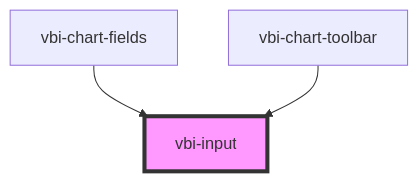
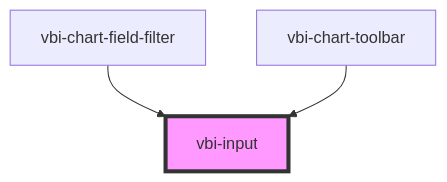
Before and after one commit to Ditto190/VBI-modme: the diagram in packages/vbi-component/src/components/ui/vbi-input/readme.md, drawn with Mermaid. The commit also changed other lines of this file and 20 other files, not shown here.

Commit message:
feat(vbi-component): add i18n translations for fields panel and filters

````diff
--- a/packages/vbi-component/src/components/ui/vbi-input/readme.md
+++ b/packages/vbi-component/src/components/ui/vbi-input/readme.md
@@ -49,6 +49,6 @@
 ```mermaid
 graph TD;
-  vbi-chart-fields --> vbi-input
+  vbi-chart-field-filter --> vbi-input
   vbi-chart-toolbar --> vbi-input
   style vbi-input fill:#f9f,stroke:#333,stroke-width:4px
 ```
````
